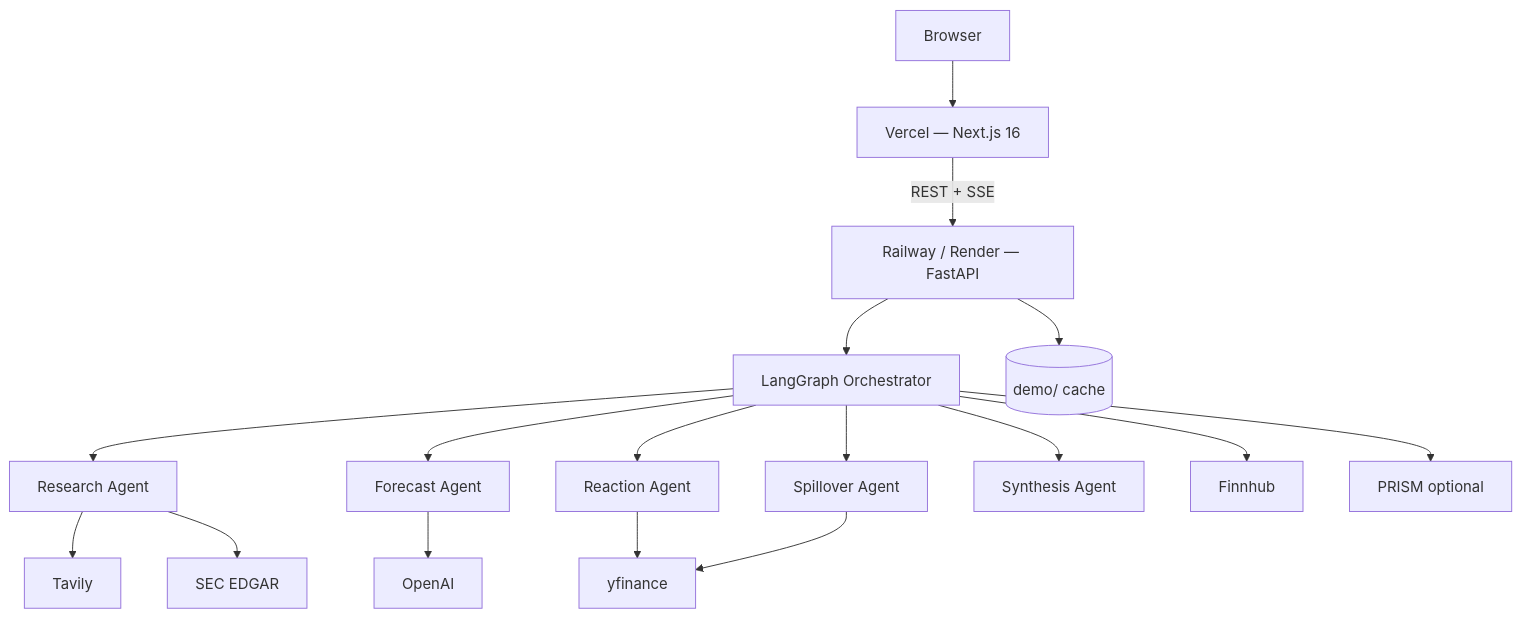
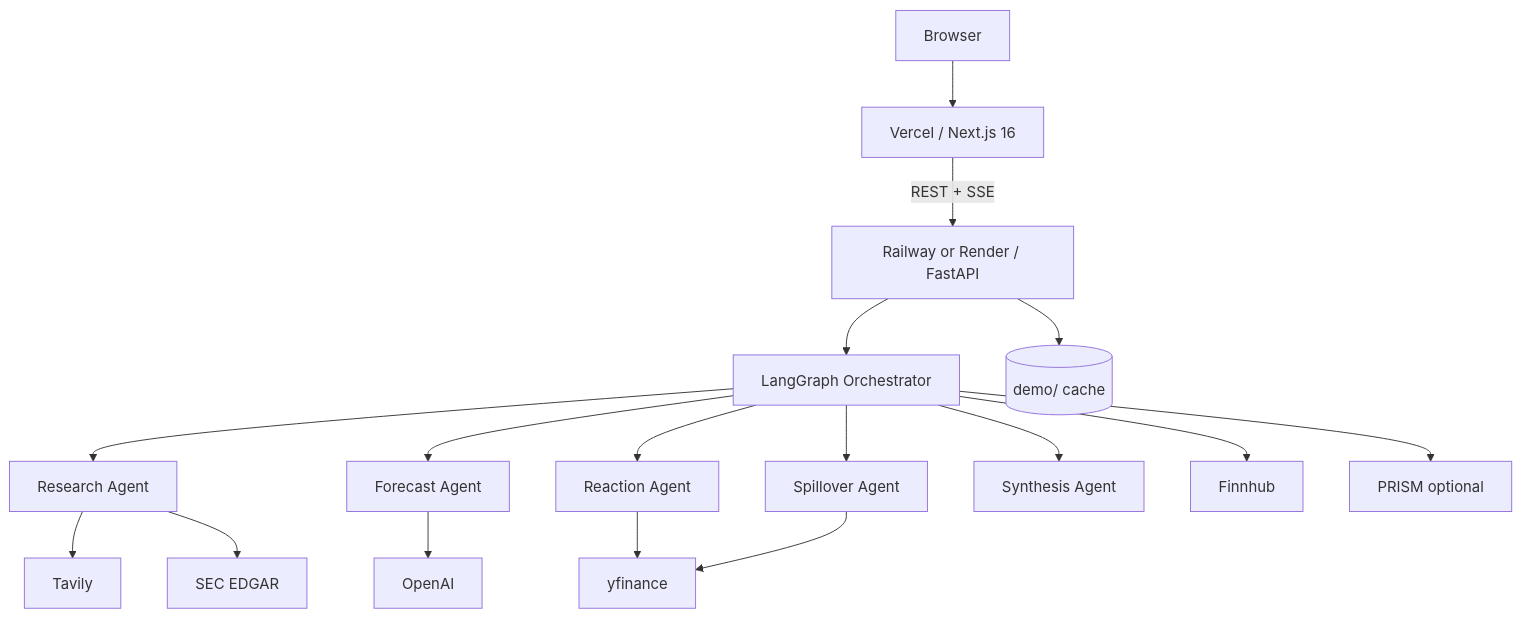
One commit to Ankush523/EarningsPulse changed the diagram in docs/DEPLOYMENT.md. Above: the diagram before and after it, drawn with Mermaid. The commit also changed other lines of this file and 4 other files, not shown here.

````diff
--- a/docs/DEPLOYMENT.md
+++ b/docs/DEPLOYMENT.md
@@ -9,19 +7,19 @@
 ```mermaid
 flowchart TB
-  User[Browser] --> Vercel[Vercel — Next.js 16]
-  Vercel -->|REST + SSE| API[Railway / Render — FastAPI]
+  User[Browser] --> Vercel[Vercel / Next.js 16]
+  Vercel -->|REST + SSE| API[Railway or Render / FastAPI]
   API --> Orchestrator[LangGraph Orchestrator]
   Orchestrator --> Research[Research Agent]
   Orchestrator --> Forecast[Forecast Agent]
   Orchestrator --> Reaction[Reaction Agent]
   Orchestrator --> Spillover[Spillover Agent]
   Orchestrator --> Synthesis[Synthesis Agent]
   Research --> Tavily[Tavily]
   Research --> EDGAR[SEC EDGAR]
   Forecast --> OpenAI[OpenAI]
   Reaction --> YF[yfinance]
   Spillover --> YF
   Orchestrator --> Finnhub[Finnhub]
   Orchestrator --> PRISM[PRISM optional]
   API --> DemoCache[(demo/ cache)]
 ```
````
